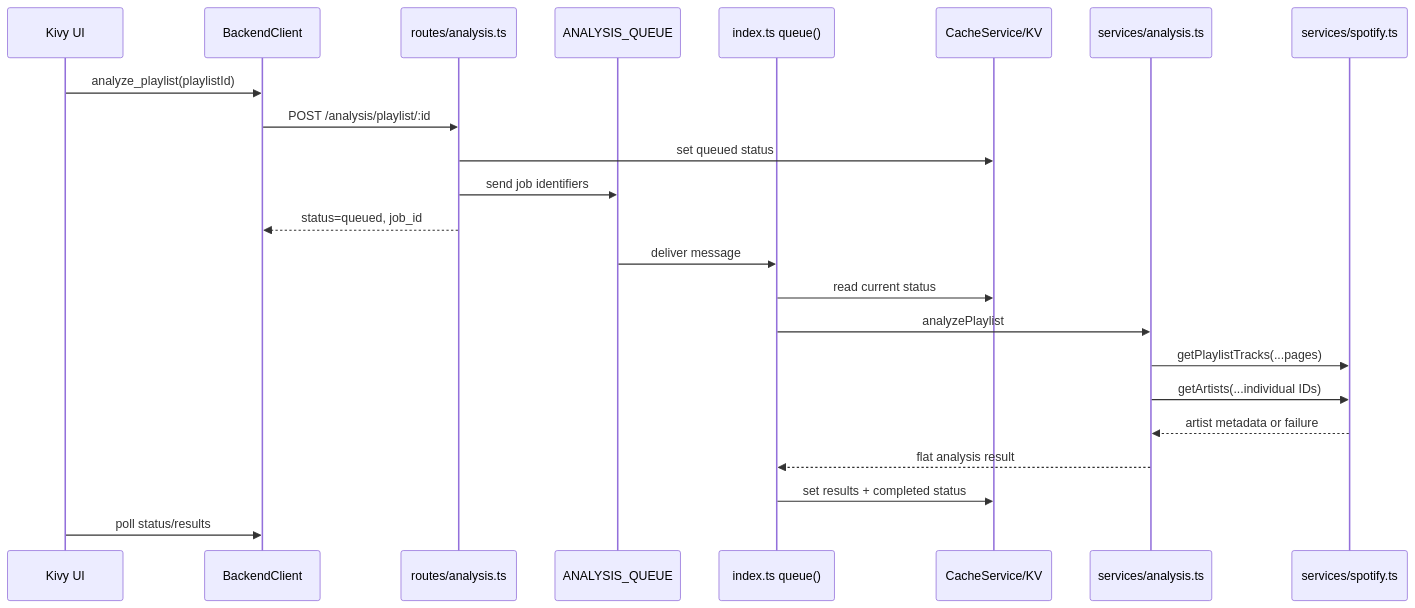
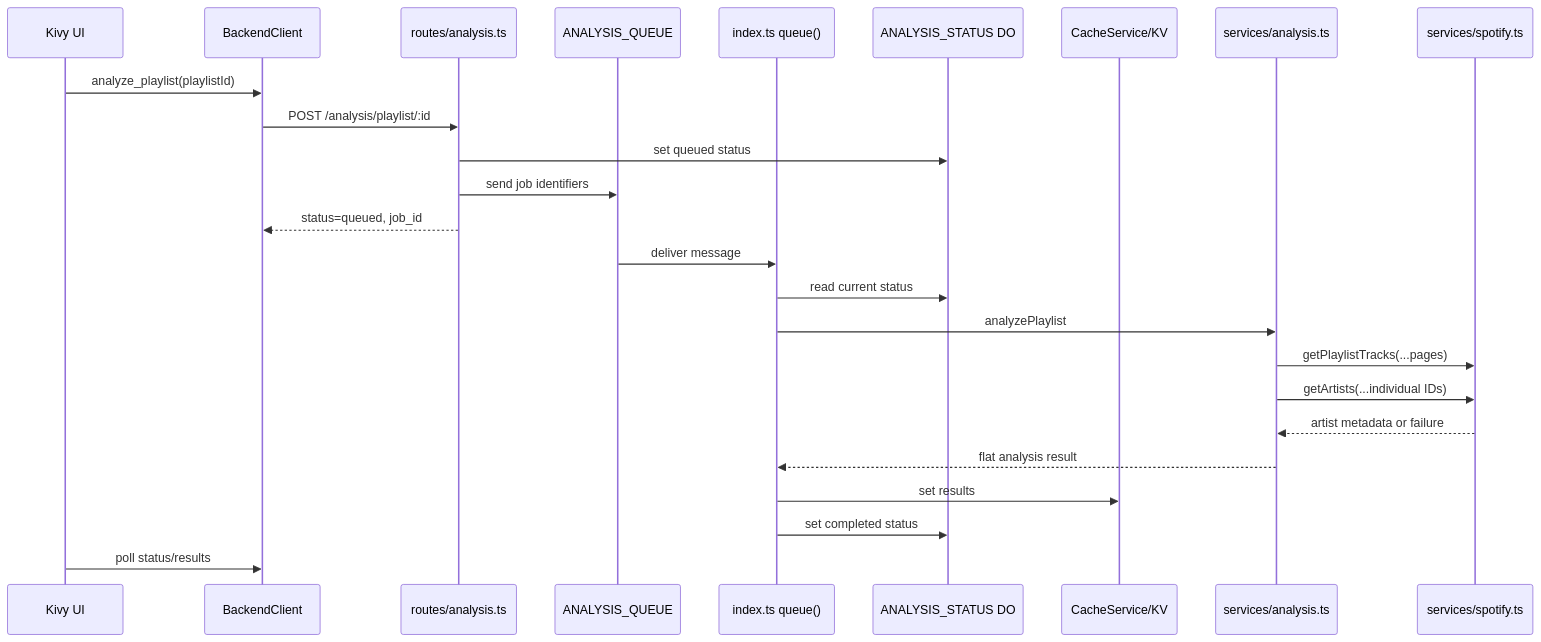
One commit to kgrizz-git/SpotiBye changed the diagram in dev-docs/backend-analysis-routes.md. Above: the diagram before and after it, drawn with Mermaid. The commit also changed other lines of this file and 38 other files, not shown here.

First line of the commit message:
Add live playlist analysis progress and status Durable Object (#43)

````diff
--- a/dev-docs/backend-analysis-routes.md
+++ b/dev-docs/backend-analysis-routes.md
@@ -21,26 +21,28 @@
 ```mermaid
 sequenceDiagram
     participant UI as Kivy UI
     participant BC as BackendClient
     participant Route as routes/analysis.ts
     participant Queue as ANALYSIS_QUEUE
     participant Consumer as index.ts queue()
+    participant Status as ANALYSIS_STATUS DO
     participant Cache as CacheService/KV
     participant Analysis as services/analysis.ts
     participant Spotify as services/spotify.ts
 
     UI->>BC: analyze_playlist(playlistId)
     BC->>Route: POST /analysis/playlist/:id
-    Route->>Cache: set queued status
+    Route->>Status: set queued status
     Route->>Queue: send job identifiers
     Route-->>BC: status=queued, job_id
     Queue->>Consumer: deliver message
-    Consumer->>Cache: read current status
+    Consumer->>Status: read current status
     Consumer->>Analysis: analyzePlaylist
     Analysis->>Spotify: getPlaylistTracks(...pages)
     Analysis->>Spotify: getArtists(...individual IDs)
     Spotify-->>Analysis: artist metadata or failure
     Analysis-->>Consumer: flat analysis result
-    Consumer->>Cache: set results + completed status
+    Consumer->>Cache: set results
+    Consumer->>Status: set completed status
     UI->>BC: poll status/results
 ```
````
